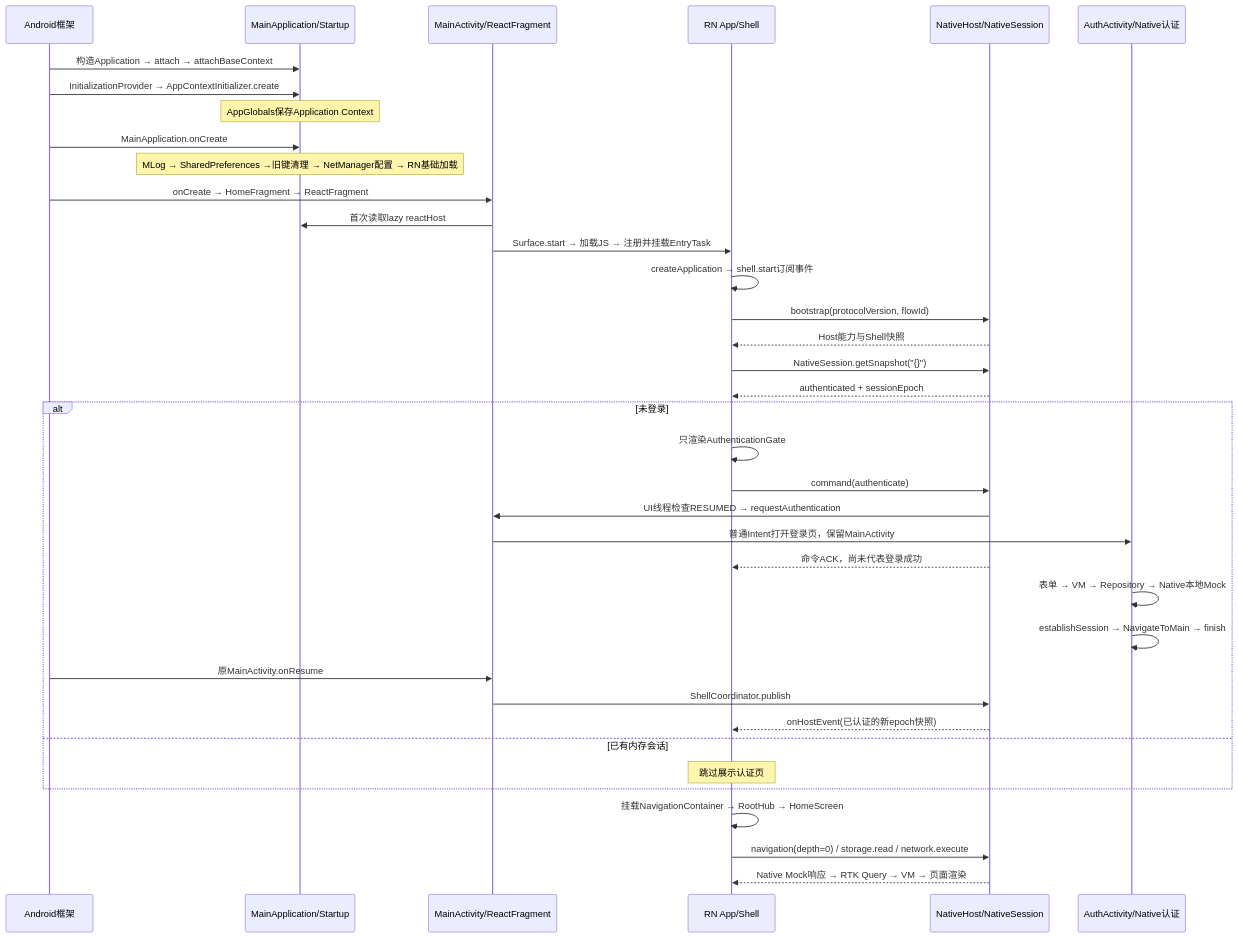
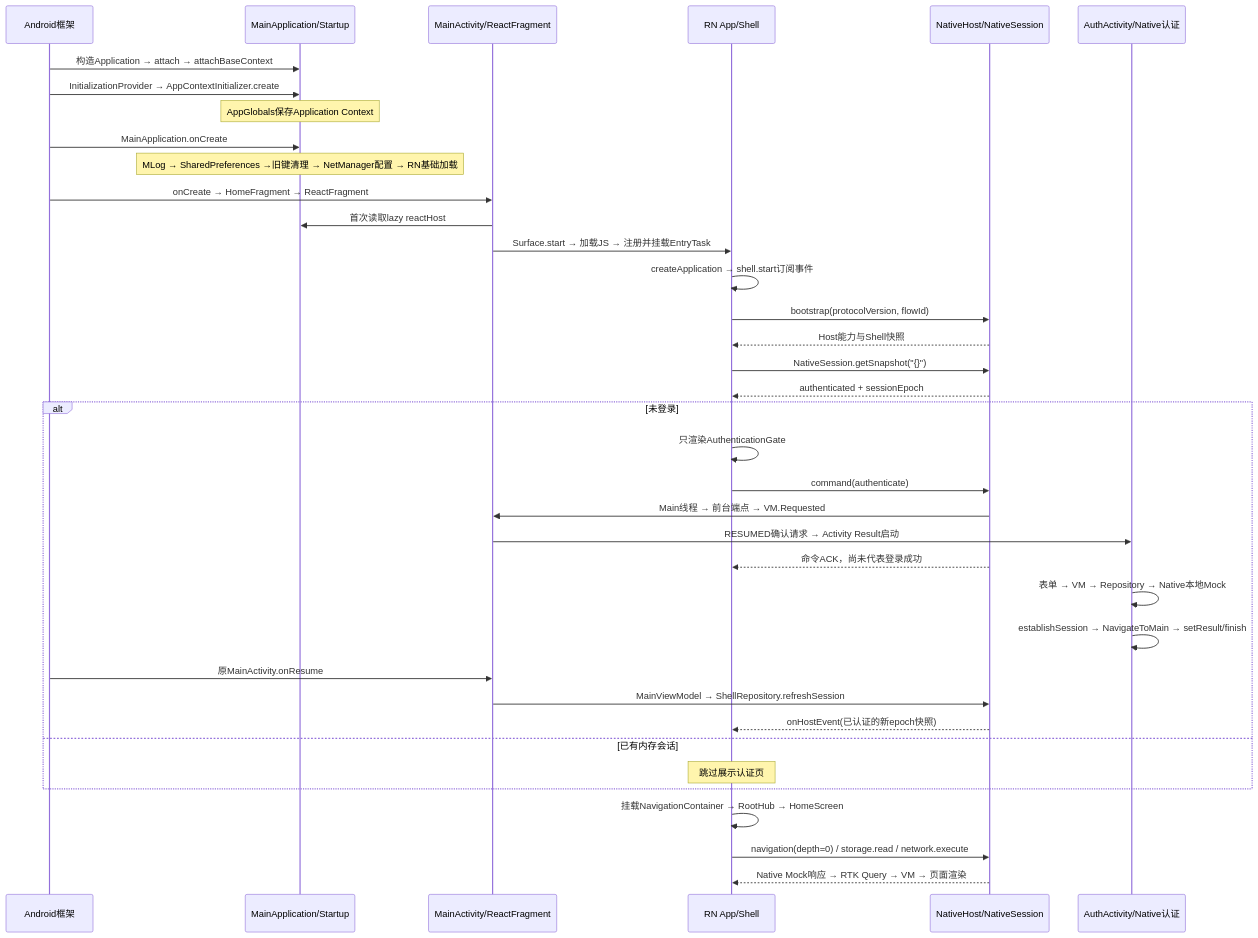
One commit to rickdynasty/EntryTask changed the diagram in docs/development/启动与登录全链路源码详解.md. Above: the diagram before and after it, drawn with Mermaid. The commit also changed other lines of this file and 31 other files, not shown here.

````diff
--- a/docs/development/启动与登录全链路源码详解.md
+++ b/docs/development/启动与登录全链路源码详解.md
@@ -24,39 +24,39 @@
 ```mermaid
 sequenceDiagram
     participant OS as Android框架
     participant APP as MainApplication/Startup
     participant MAIN as MainActivity/ReactFragment
     participant RN as RN App/Shell
     participant BR as NativeHost/NativeSession
     participant AUTH as AuthActivity/Native认证
     OS->>APP: 构造Application → attach → attachBaseContext
     OS->>APP: InitializationProvider → AppContextInitializer.create
     Note over APP: AppGlobals保存Application Context
     OS->>APP: MainApplication.onCreate
     Note over APP: MLog → SharedPreferences →旧键清理 → NetManager配置 → RN基础加载
     OS->>MAIN: onCreate → HomeFragment → ReactFragment
     MAIN->>APP: 首次读取lazy reactHost
     MAIN->>RN: Surface.start → 加载JS → 注册并挂载EntryTask
     RN->>RN: createApplication → shell.start订阅事件
     RN->>BR: bootstrap(protocolVersion, flowId)
     BR-->>RN: Host能力与Shell快照
     RN->>BR: NativeSession.getSnapshot("{}")
     BR-->>RN: authenticated + sessionEpoch
     alt 未登录
         RN->>RN: 只渲染AuthenticationGate
         RN->>BR: command(authenticate)
-        BR->>MAIN: UI线程检查RESUMED → requestAuthentication
-        MAIN->>AUTH: 普通Intent打开登录页，保留MainActivity
+        BR->>MAIN: Main线程 → 前台端点 → VM.Requested
+        MAIN->>AUTH: RESUMED确认请求 → Activity Result启动
         BR-->>RN: 命令ACK，尚未代表登录成功
         AUTH->>AUTH: 表单 → VM → Repository → Native本地Mock
-        AUTH->>AUTH: establishSession → NavigateToMain → finish
+        AUTH->>AUTH: establishSession → NavigateToMain → setResult/finish
         OS->>MAIN: 原MainActivity.onResume
-        MAIN->>BR: ShellCoordinator.publish
+        MAIN->>BR: MainViewModel → ShellRepository.refreshSession
         BR-->>RN: onHostEvent(已认证的新epoch快照)
     else 已有内存会话
         Note over RN: 跳过展示认证页
     end
     RN->>RN: 挂载NavigationContainer → RootHub → HomeScreen
     RN->>BR: navigation(depth=0) / storage.read / network.execute
     BR-->>RN: Native Mock响应 → RTK Query → VM → 页面渲染
 ```
````
